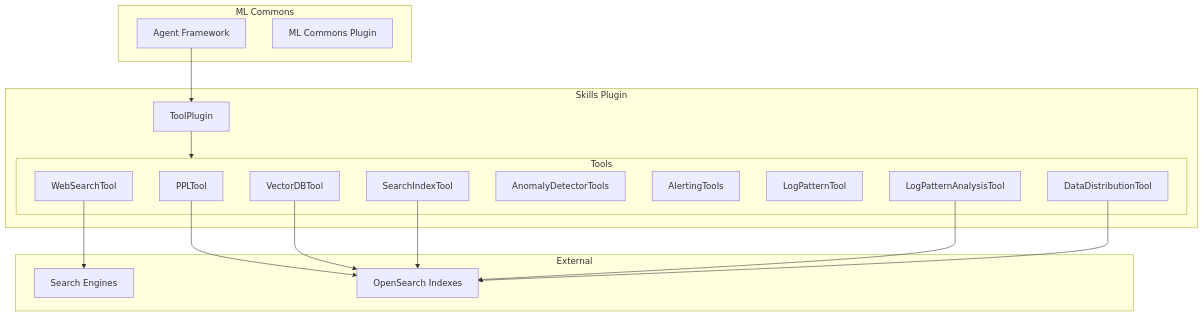
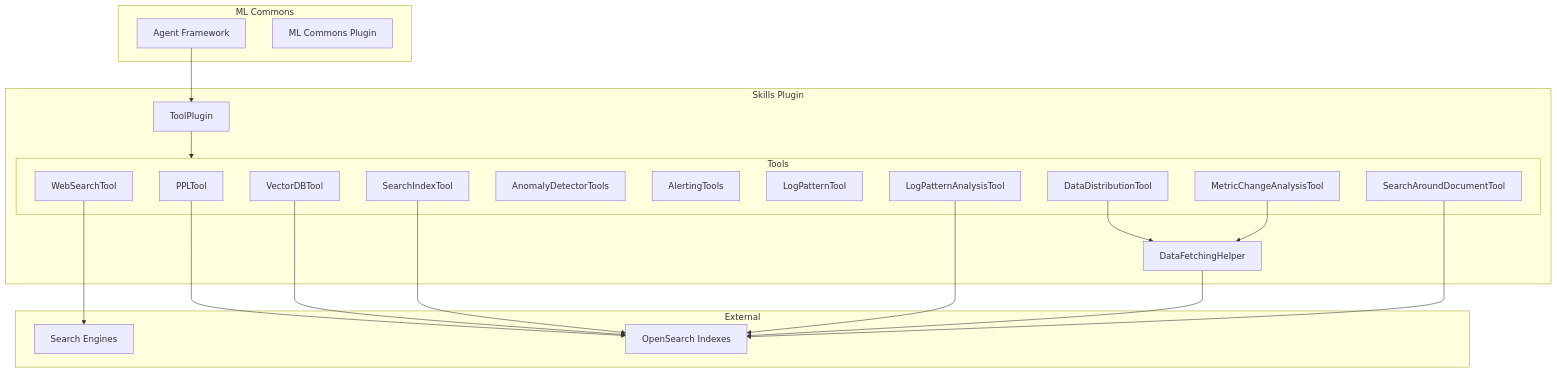
Before and after one commit to tkykenmt/opensearch-feature-explorer: the diagram in docs/features/skills/skills-tools.md, drawn with Mermaid. The commit also changed other lines of this file and 170 other files, not shown here.

````diff
--- a/docs/features/skills/skills-tools.md
+++ b/docs/features/skills/skills-tools.md
@@ -15,36 +15,42 @@
 ```mermaid
 graph TB
     subgraph ML Commons
         Agent[Agent Framework]
         MLCommons[ML Commons Plugin]
     end
     
     subgraph Skills Plugin
         ToolPlugin[ToolPlugin]
         subgraph Tools
             PPL[PPLTool]
             VDB[VectorDBTool]
             WST[WebSearchTool]
             SI[SearchIndexTool]
             AD[AnomalyDetectorTools]
             Alert[AlertingTools]
             Log[LogPatternTool]
             LPA[LogPatternAnalysisTool]
             DDT[DataDistributionTool]
+            SADT[SearchAroundDocumentTool]
+            MCAT[MetricChangeAnalysisTool]
         end
+        DFH[DataFetchingHelper]
     end
     
     subgraph External
         Search[Search Engines]
         Index[OpenSearch Indexes]
     end
     
     Agent --> ToolPlugin
     ToolPlugin --> Tools
     WST --> Search
     PPL --> Index
     VDB --> Index
     SI --> Index
     LPA --> Index
-    DDT --> Index
+    DDT --> DFH
+    MCAT --> DFH
+    DFH --> Index
+    SADT --> Index
 ```
````
